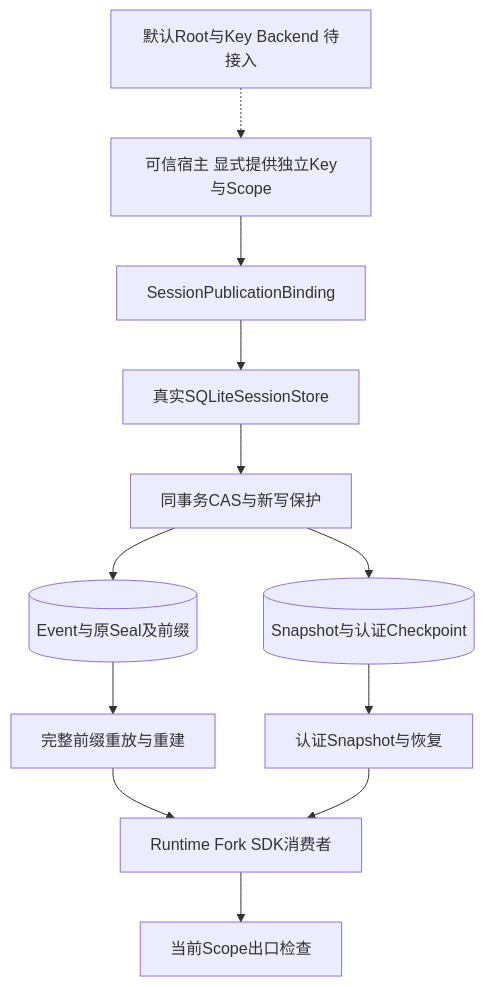
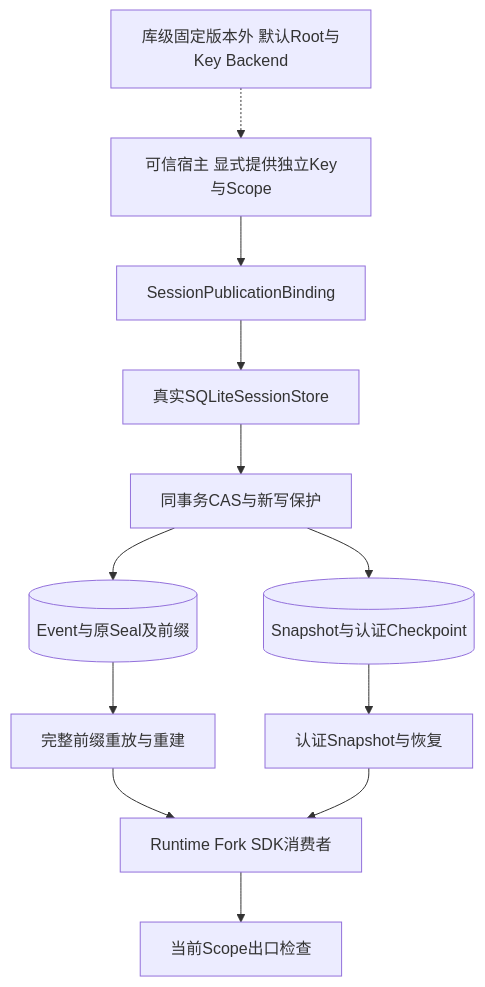
The first of 4 diagrams in docs/changes/m09-4a-authenticated-sqlite-session.md (carrie1988/Harnessix), drawn with Mermaid before and after one commit. The commit also changed other lines of this file and 29 other files, not shown here.

````diff
--- a/docs/changes/m09-4a-authenticated-sqlite-session.md
+++ b/docs/changes/m09-4a-authenticated-sqlite-session.md
@@ -46,14 +48,14 @@
 ```mermaid
 flowchart TD
   Host[可信宿主 显式提供独立Key与Scope] --> Bind[SessionPublicationBinding]
   Bind --> Store[真实SQLiteSessionStore]
   Store --> Append[同事务CAS与新写保护]
   Append --> Facts[(Event与原Seal及前缀)]
   Append --> Projection[(Snapshot与认证Checkpoint)]
   Facts --> Replay[完整前缀重放与重建]
   Projection --> Snapshot[认证Snapshot与恢复]
   Replay --> Consumer[Runtime Fork SDK消费者]
   Snapshot --> Consumer
   Consumer --> Guard[当前Scope出口检查]
-  Future[默认Root与Key Backend 待接入] -.-> Host
+  Future[库级固定版本外 默认Root与Key Backend] -.-> Host
 ```
````
